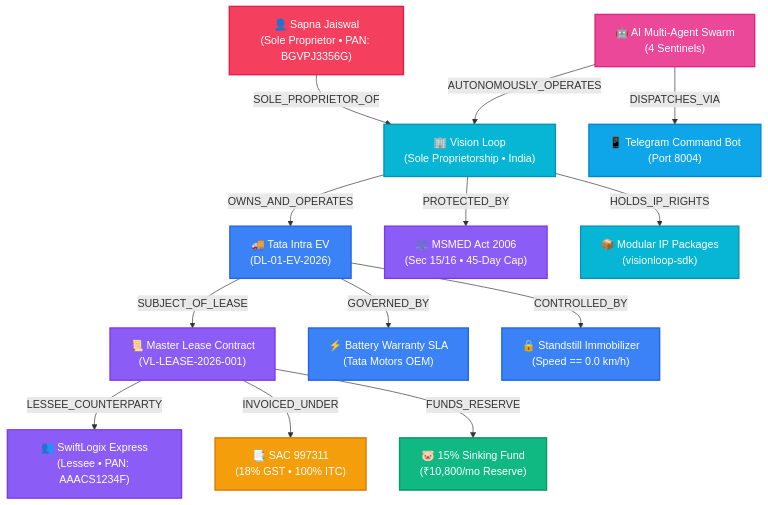
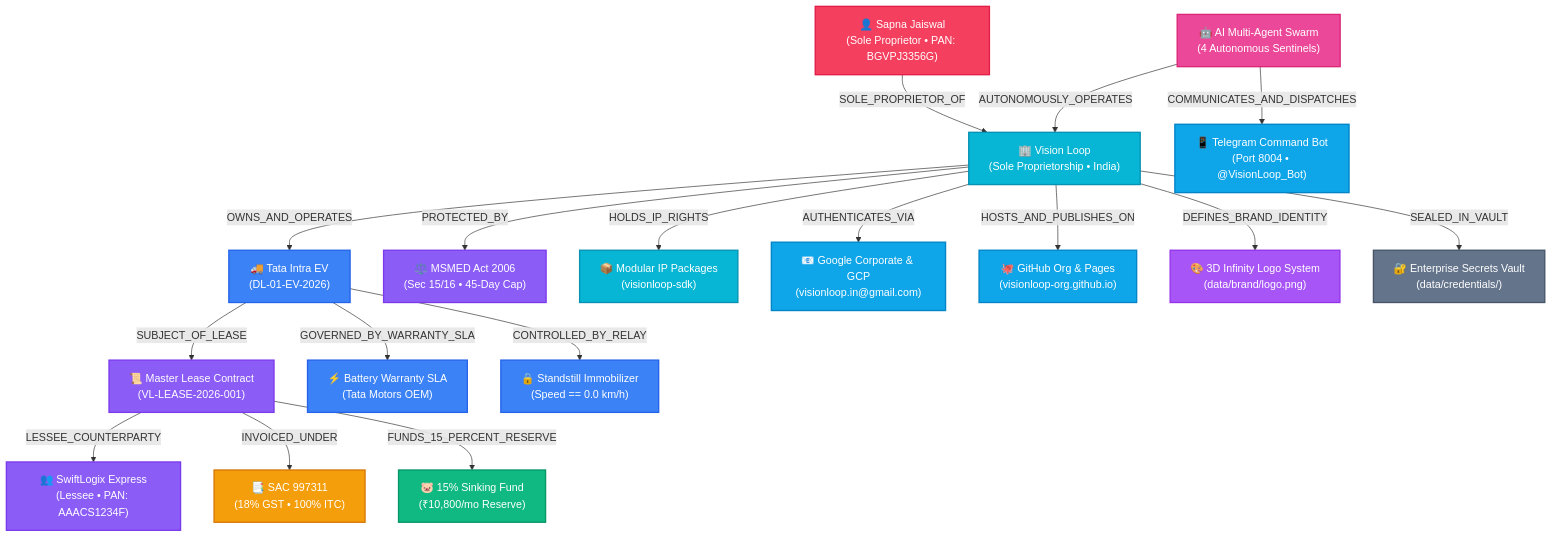
One commit to visionloop-org/visionloop changed the diagram in data/knowledge_graph/KNOWLEDGE_GRAPH.md. Above: the diagram before and after it, drawn with Mermaid. The commit also changed other lines of this file and 7 other files, not shown here.

Commit message:
feat: expand knowledge graph to 17 nodes and add official executive bio & brand narrative

````diff
--- a/data/knowledge_graph/KNOWLEDGE_GRAPH.md
+++ b/data/knowledge_graph/KNOWLEDGE_GRAPH.md
@@ -8,38 +8,48 @@
 ```mermaid
 graph TD
     classDef proprietor fill:#f43f5e,stroke:#e11d48,stroke-width:2px,color:#fff;
     classDef enterprise fill:#06b6d4,stroke:#0891b2,stroke-width:2px,color:#fff;
     classDef asset fill:#3b82f6,stroke:#2563eb,stroke-width:2px,color:#fff;
     classDef legal fill:#8b5cf6,stroke:#7c3aed,stroke-width:2px,color:#fff;
     classDef tax fill:#f59e0b,stroke:#d97706,stroke-width:2px,color:#fff;
     classDef treasury fill:#10b981,stroke:#059669,stroke-width:2px,color:#fff;
     classDef ai fill:#ec4899,stroke:#db2777,stroke-width:2px,color:#fff;
-    classDef comms fill:#0ea5e9,stroke:#0284c7,stroke-width:2px,color:#fff;
+    classDef cloud fill:#0ea5e9,stroke:#0284c7,stroke-width:2px,color:#fff;
+    classDef brand fill:#a855f7,stroke:#9333ea,stroke-width:2px,color:#fff;
+    classDef sec fill:#64748b,stroke:#475569,stroke-width:2px,color:#fff;
 
     OWNER["👤 Sapna Jaiswal<br/>(Sole Proprietor • PAN: BGVPJ3356G)"]:::proprietor
     VL["🏢 Vision Loop<br/>(Sole Proprietorship • India)"]:::enterprise
     EV["🚚 Tata Intra EV<br/>(DL-01-EV-2026)"]:::asset
     SWIFT["👥 SwiftLogix Express<br/>(Lessee • PAN: AAACS1234F)"]:::legal
     LEASE["📜 Master Lease Contract<br/>(VL-LEASE-2026-001)"]:::legal
     SAC["📑 SAC 997311<br/>(18% GST • 100% ITC)"]:::tax
     SINK["🐷 15% Sinking Fund<br/>(₹10,800/mo Reserve)"]:::treasury
     MSME["⚖️ MSMED Act 2006<br/>(Sec 15/16 • 45-Day Cap)"]:::legal
     SLA["⚡ Battery Warranty SLA<br/>(Tata Motors OEM)"]:::asset
     IMMOB["🔒 Standstill Immobilizer<br/>(Speed == 0.0 km/h)"]:::asset
-    SWARM["🤖 AI Multi-Agent Swarm<br/>(4 Sentinels)"]:::ai
-    TG["📱 Telegram Command Bot<br/>(Port 8004)"]:::comms
+    SWARM["🤖 AI Multi-Agent Swarm<br/>(4 Autonomous Sentinels)"]:::ai
+    TG["📱 Telegram Command Bot<br/>(Port 8004 • @VisionLoop_Bot)"]:::cloud
     IP["📦 Modular IP Packages<br/>(visionloop-sdk)"]:::enterprise
+    GOOGLE["📧 Google Corporate & GCP<br/>(visionloop.in@gmail.com)"]:::cloud
+    GITHUB["🐙 GitHub Org & Pages<br/>(visionloop-org.github.io)"]:::cloud
+    BRAND["🎨 3D Infinity Logo System<br/>(data/brand/logo.png)"]:::brand
+    VAULT["🔐 Enterprise Secrets Vault<br/>(data/credentials/)"]:::sec
 
     OWNER -->|SOLE_PROPRIETOR_OF| VL
     VL -->|OWNS_AND_OPERATES| EV
     VL -->|PROTECTED_BY| MSME
     VL -->|HOLDS_IP_RIGHTS| IP
+    VL -->|AUTHENTICATES_VIA| GOOGLE
+    VL -->|HOSTS_AND_PUBLISHES_ON| GITHUB
+    VL -->|DEFINES_BRAND_IDENTITY| BRAND
+    VL -->|SEALED_IN_VAULT| VAULT
     EV -->|SUBJECT_OF_LEASE| LEASE
     LEASE -->|LESSEE_COUNTERPARTY| SWIFT
     LEASE -->|INVOICED_UNDER| SAC
-    LEASE -->|FUNDS_RESERVE| SINK
-    EV -->|GOVERNED_BY| SLA
-    EV -->|CONTROLLED_BY| IMMOB
+    LEASE -->|FUNDS_15_PERCENT_RESERVE| SINK
+    EV -->|GOVERNED_BY_WARRANTY_SLA| SLA
+    EV -->|CONTROLLED_BY_RELAY| IMMOB
     SWARM -->|AUTONOMOUSLY_OPERATES| VL
-    SWARM -->|DISPATCHES_VIA| TG
+    SWARM -->|COMMUNICATES_AND_DISPATCHES| TG
 ```
````
